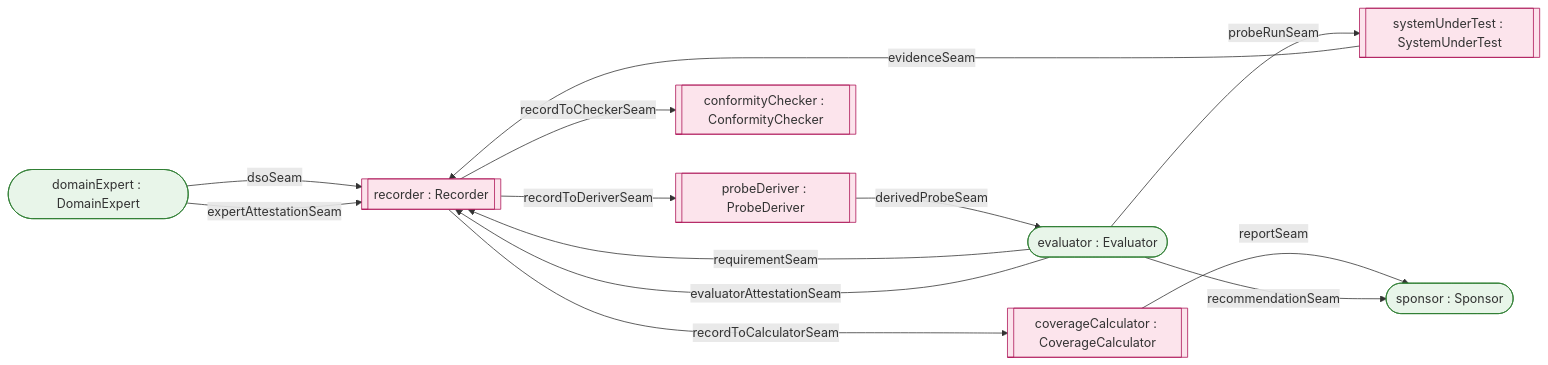
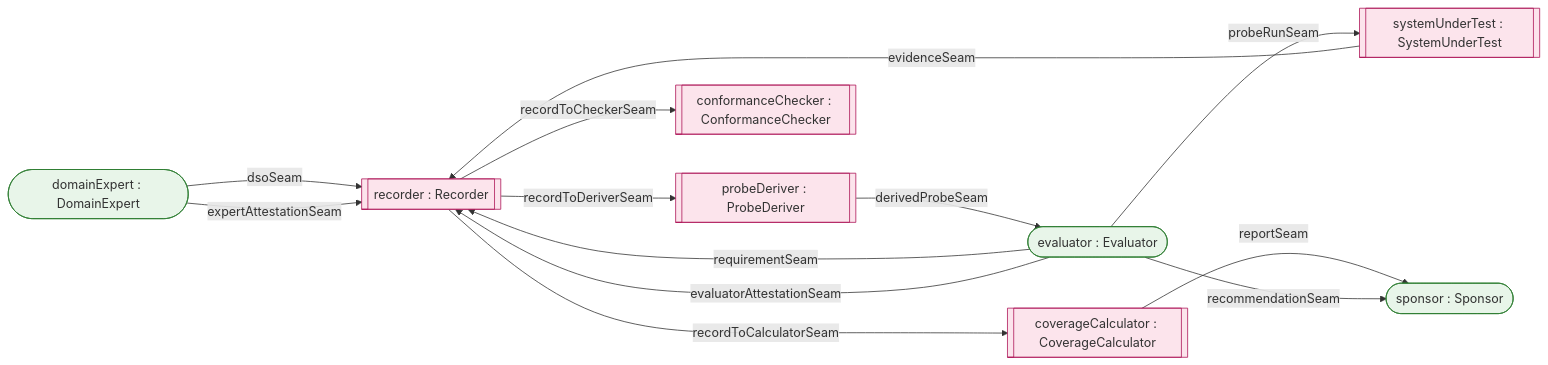
Before and after one commit to DynamicalSystemsGroup/og-caie-spec: the diagram in generated/wiring.md, drawn with Mermaid. The commit also changed 19 other files, not shown here.

First line of the commit message:
R-15, R-16: metrological traceability as seeAlso; conformance reclaimed for the correctly constructed record

````diff
--- a/generated/wiring.md
+++ b/generated/wiring.md
@@ -5,27 +5,27 @@
 ```{mermaid}
 flowchart LR
   domainExpert(["domainExpert : DomainExpert"])
   evaluator(["evaluator : Evaluator"])
   sponsor(["sponsor : Sponsor"])
   systemUnderTest[["systemUnderTest : SystemUnderTest"]]
   probeDeriver[["probeDeriver : ProbeDeriver"]]
-  conformityChecker[["conformityChecker : ConformityChecker"]]
+  conformanceChecker[["conformanceChecker : ConformanceChecker"]]
   recorder[["recorder : Recorder"]]
   coverageCalculator[["coverageCalculator : CoverageCalculator"]]
   domainExpert -- "dsoSeam" --> recorder
   evaluator -- "requirementSeam" --> recorder
   probeDeriver -- "derivedProbeSeam" --> evaluator
   evaluator -- "probeRunSeam" --> systemUnderTest
   systemUnderTest -- "evidenceSeam" --> recorder
   evaluator -- "evaluatorAttestationSeam" --> recorder
   domainExpert -- "expertAttestationSeam" --> recorder
   recorder -- "recordToDeriverSeam" --> probeDeriver
-  recorder -- "recordToCheckerSeam" --> conformityChecker
+  recorder -- "recordToCheckerSeam" --> conformanceChecker
   recorder -- "recordToCalculatorSeam" --> coverageCalculator
   coverageCalculator -- "reportSeam" --> sponsor
   evaluator -- "recommendationSeam" --> sponsor
   classDef human fill:#e8f5e9,stroke:#2e7d32;
   classDef machine fill:#fce4ec,stroke:#ad1457;
   class domainExpert,evaluator,sponsor human;
-  class systemUnderTest,probeDeriver,conformityChecker,recorder,coverageCalculator machine;
+  class systemUnderTest,probeDeriver,conformanceChecker,recorder,coverageCalculator machine;
 ```
````
